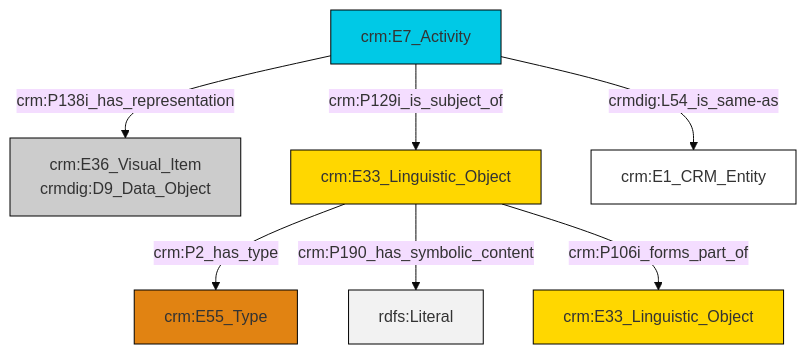
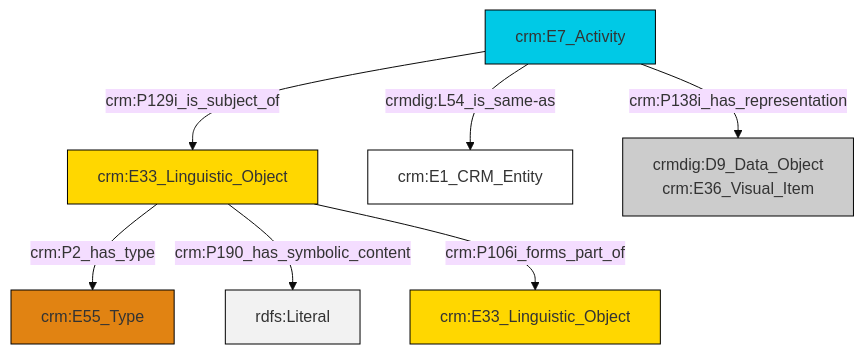
The diagram in et/eventCSV/ttl/mmd/event_documentation.ttl.mmd (swiss-art-research-net/reference-data-models), drawn with Mermaid (base theme) before and after one commit. The commit also changed 127 other files, not shown here.

```diff
--- a/et/eventCSV/ttl/mmd/event_documentation.ttl.mmd
+++ b/et/eventCSV/ttl/mmd/event_documentation.ttl.mmd
@@ -1,21 +1,21 @@
 graph TD
 classDef Literal fill:#f2f2f2,stroke:#000000;
 classDef CRM_Entity fill:#FFFFFF,stroke:#000000;
 classDef Temporal_Entity fill:#00C9E6, stroke:#000000;
 classDef Type fill:#E18312, stroke:#000000;
 classDef Time-Span fill:#2C9C91, stroke:#000000;
 classDef Appellation fill:#FFEB7F, stroke:#000000;
 classDef Place fill:#008836, stroke:#000000;
 classDef Persistent_Item fill:#B266B2, stroke:#000000;
 classDef Conceptual_Object fill:#FFD700, stroke:#000000;
 classDef Physical_Thing fill:#D2B48C, stroke:#000000;
 classDef Actor fill:#f58aad, stroke:#000000;
 classDef PC_Classes fill:#4ce600, stroke:#000000;
 classDef Multi fill:#cccccc,stroke:#000000;
 
-4["crm:E33_Linguistic_Object"]:::Conceptual_Object -->|crm:P2_has_type| 2["crm:E55_Type"]:::Type
-4["crm:E33_Linguistic_Object"]:::Conceptual_Object -->|crm:P190_has_symbolic_content| 5[rdfs:Literal]:::Literal
-9["crm:E7_Activity"]:::Temporal_Entity -->|crm:P129i_is_subject_of| 4["crm:E33_Linguistic_Object"]:::Conceptual_Object
-9["crm:E7_Activity"]:::Temporal_Entity -->|crm:P138i_has_representation| 0["crm:E36_Visual_Item<br>crmdig:D9_Data_Object"]:::Multi
-9["crm:E7_Activity"]:::Temporal_Entity -->|crmdig:L54_is_same-as| 12["crm:E1_CRM_Entity"]:::CRM_Entity
-4["crm:E33_Linguistic_Object"]:::Conceptual_Object -->|crm:P106i_forms_part_of| 6["crm:E33_Linguistic_Object"]:::Conceptual_Object
+2["crm:E33_Linguistic_Object"]:::Conceptual_Object -->|crm:P2_has_type| 0["crm:E55_Type"]:::Type
+2["crm:E33_Linguistic_Object"]:::Conceptual_Object -->|crm:P190_has_symbolic_content| 3[rdfs:Literal]:::Literal
+2["crm:E33_Linguistic_Object"]:::Conceptual_Object -->|crm:P106i_forms_part_of| 12["crm:E33_Linguistic_Object"]:::Conceptual_Object
+4["crm:E7_Activity"]:::Temporal_Entity -->|crm:P129i_is_subject_of| 2["crm:E33_Linguistic_Object"]:::Conceptual_Object
+4["crm:E7_Activity"]:::Temporal_Entity -->|crmdig:L54_is_same-as| 6["crm:E1_CRM_Entity"]:::CRM_Entity
+4["crm:E7_Activity"]:::Temporal_Entity -->|crm:P138i_has_representation| 8["crmdig:D9_Data_Object<br>crm:E36_Visual_Item"]:::Multi
```
